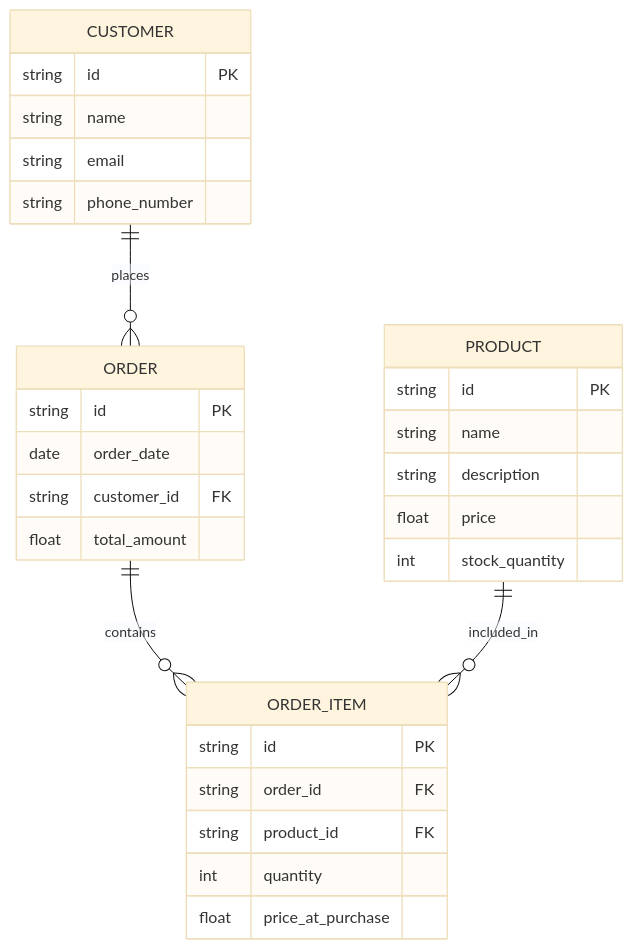
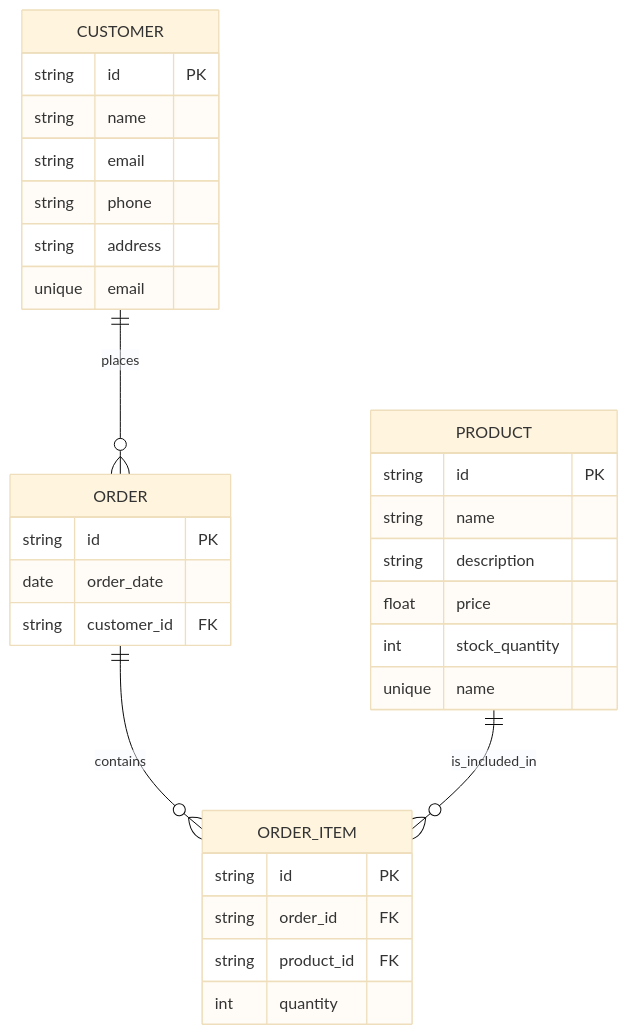
One commit to Dev41-artifacts/ice-cream-factory_96c4c402-3fa0-40b6-820f-2ed5a1b46368 changed the diagram in artifacts/8933ddfa-1988-4cf0-8187-7e2606243111.md. Above: the diagram before and after it, drawn with Mermaid (base theme). The commit also changed other lines of this file, not shown here.

Commit message:
Update artifact for ER Diagram

````diff
--- a/artifacts/8933ddfa-1988-4cf0-8187-7e2606243111.md
+++ b/artifacts/8933ddfa-1988-4cf0-8187-7e2606243111.md
@@ -3,36 +3,39 @@
 ```mermaid
 erDiagram
     CUSTOMER {
         string id PK
         string name
         string email
-        string phone_number
+        string phone
+        string address
     }
-    
     PRODUCT {
         string id PK
         string name
         string description
         float price
         int stock_quantity
     }
-    
     ORDER {
         string id PK
         date order_date
         string customer_id FK
-        float total_amount
     }
-    
     ORDER_ITEM {
         string id PK
         string order_id FK
         string product_id FK
         int quantity
-        float price_at_purchase
     }
-    
+
     CUSTOMER ||--o{ ORDER : places
     ORDER ||--o{ ORDER_ITEM : contains
-    PRODUCT ||--o{ ORDER_ITEM : included_in
+    PRODUCT ||--o{ ORDER_ITEM : is_included_in
+
+    CUSTOMER {
+        unique email
+    }
+    PRODUCT {
+        unique name
+    }
 ```
````
